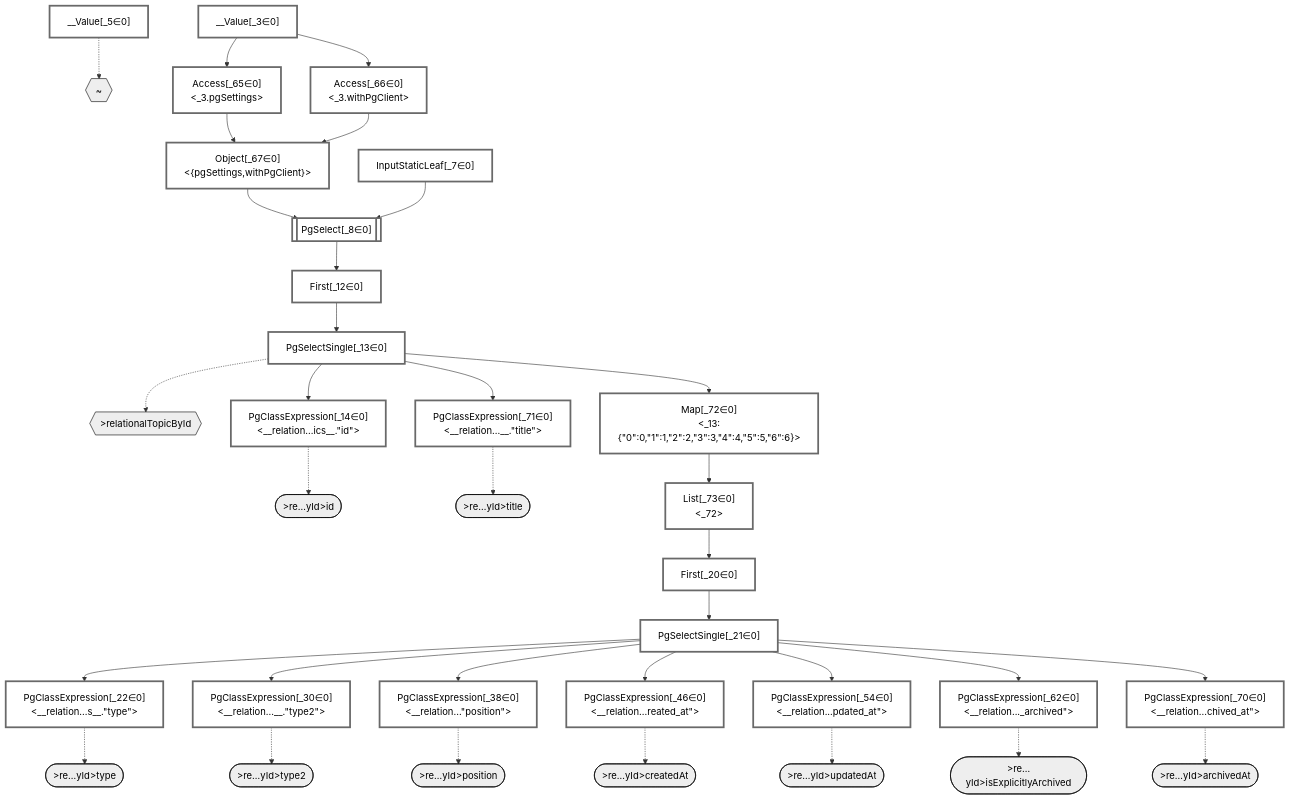
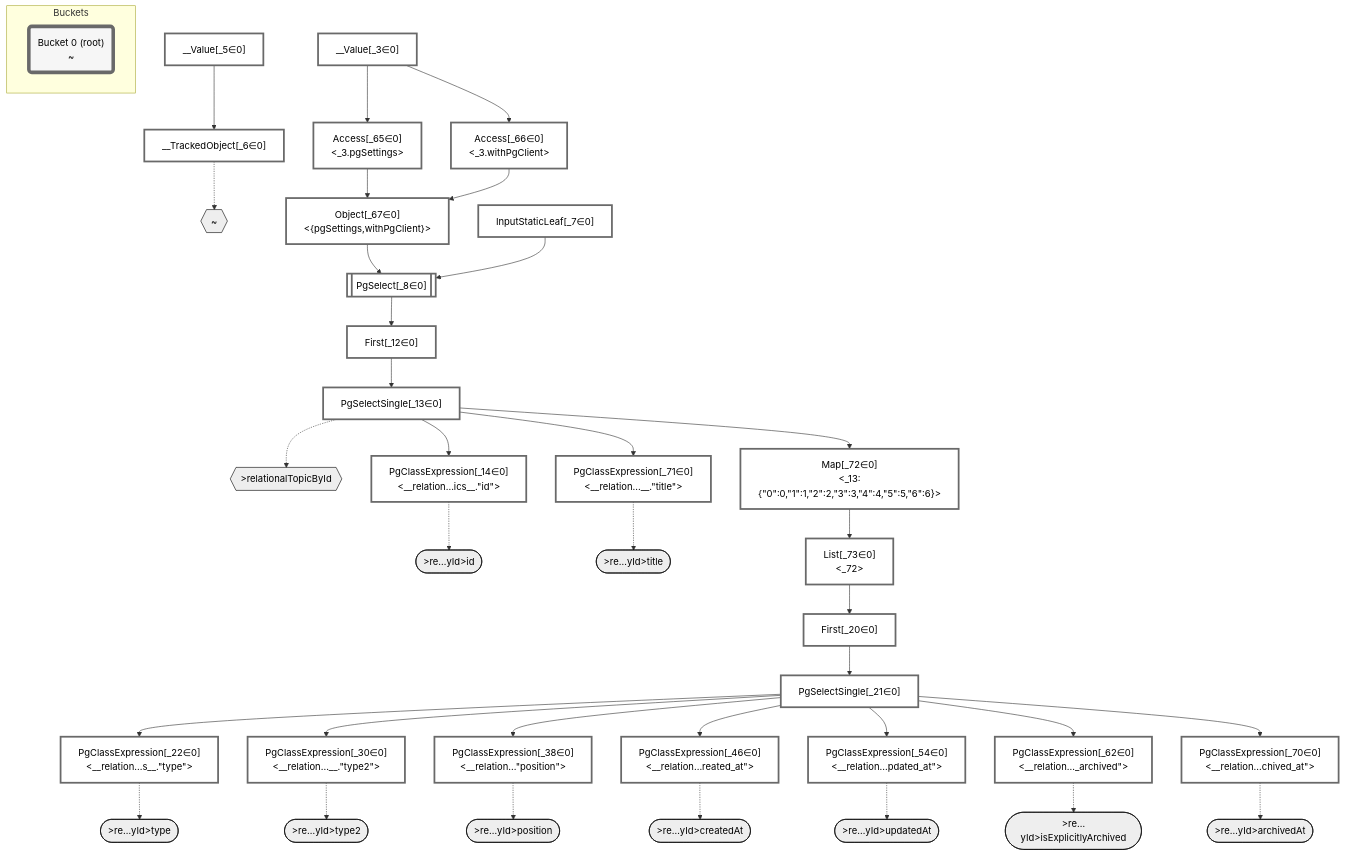
Before and after one commit to graphile/crystal: the diagram in packages/dataplan-pg/__tests__/queries/interfaces-relational/single-topic-as-item.mermaid.md, drawn with Mermaid. The commit also changed 195 other files, not shown here.

````diff
--- a/packages/dataplan-pg/__tests__/queries/interfaces-relational/single-topic-as-item.mermaid.md
+++ b/packages/dataplan-pg/__tests__/queries/interfaces-relational/single-topic-as-item.mermaid.md
@@ -4,6 +4,7 @@
     classDef plan fill:#fff,stroke-width:3px,color:#000
     classDef itemplan fill:#fff,stroke-width:6px,color:#000
     classDef sideeffectplan fill:#f00,stroke-width:6px,color:#000
+    classDef bucket fill:#f6f6f6,color:#000,stroke-width:6px
 
     %% subgraph fields
     P1{{"~"}}:::path
@@ -32,6 +33,7 @@
     %% define plans
     __Value_3["__Value[_3∈0]<br /><context>"]:::plan
     __Value_5["__Value[_5∈0]<br /><rootValue>"]:::plan
+    __TrackedObject_6["__TrackedObject[_6∈0]"]:::plan
     InputStaticLeaf_7["InputStaticLeaf[_7∈0]"]:::plan
     PgSelect_8[["PgSelect[_8∈0]<br /><relational_topics>"]]:::plan
     First_12["First[_12∈0]"]:::plan
@@ -54,6 +56,7 @@
     List_73["List[_73∈0]<br /><_72>"]:::plan
 
     %% plan dependencies
+    __Value_5 --> __TrackedObject_6
     Object_67 --> PgSelect_8
     InputStaticLeaf_7 --> PgSelect_8
     PgSelect_8 --> First_12
@@ -77,7 +80,7 @@
     Map_72 --> List_73
 
     %% plan-to-path relationships
-    __Value_5 -.-> P1
+    __TrackedObject_6 -.-> P1
     PgSelectSingle_13 -.-> P2
     PgClassExpression_14 -.-> P3
     PgClassExpression_22 -.-> P4
@@ -91,5 +94,10 @@
 
     %% allocate buckets
     classDef bucket0 stroke:#696969
-    class __Value_3,__Value_5,InputStaticLeaf_7,PgSelect_8,First_12,PgSelectSingle_13,PgClassExpression_14,First_20,PgSelectSingle_21,PgClassExpression_22,PgClassExpression_30,PgClassExpression_38,PgClassExpression_46,PgClassExpression_54,PgClassExpression_62,Access_65,Access_66,Object_67,PgClassExpression_70,PgClassExpression_71,Map_72,List_73 bucket0
+    class __Value_3,__Value_5,__TrackedObject_6,InputStaticLeaf_7,PgSelect_8,First_12,PgSelectSingle_13,PgClassExpression_14,First_20,PgSelectSingle_21,PgClassExpression_22,PgClassExpression_30,PgClassExpression_38,PgClassExpression_46,PgClassExpression_54,PgClassExpression_62,Access_65,Access_66,Object_67,PgClassExpression_70,PgClassExpression_71,Map_72,List_73 bucket0
+
+    subgraph Buckets
+    Bucket0("Bucket 0 (root)<br />~"):::bucket
+    style Bucket0 stroke:#696969
+    end
 ```
````
